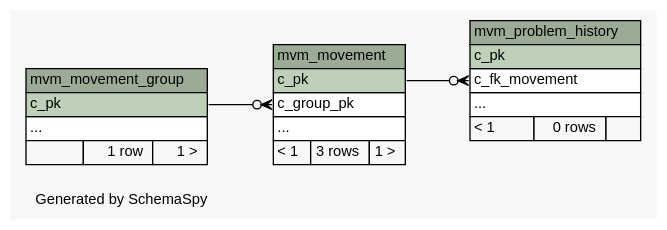
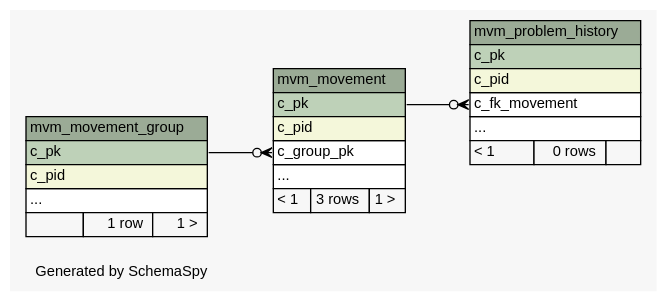
The diagram in 1.0.0-SNAPSHOT/schemaspy/diagrams/summary/relationships.real.compact.dot (openwms/org.openwms.wms.movements.lib), drawn with Graphviz before and after one commit. The commit also changed 264 other files, not shown here.

```diff
--- a/1.0.0-SNAPSHOT/schemaspy/diagrams/summary/relationships.real.compact.dot
+++ b/1.0.0-SNAPSHOT/schemaspy/diagrams/summary/relationships.real.compact.dot
@@ -1,59 +1,62 @@
 // dot 2.43.0 on Linux 5.11.0-1028-azure
 // SchemaSpy rev Unknown
 digraph "compactRelationshipsDiagram" {
   graph [
     rankdir="RL"
     bgcolor="#f7f7f7"
     label="\nGenerated by SchemaSpy"
     labeljust="l"
     nodesep="0.18"
     ranksep="0.46"
     fontname="Helvetica"
     fontsize="11"
   ];
   node [
     fontname="Helvetica"
     fontsize="11"
     shape="plaintext"
   ];
   edge [
     arrowsize="0.8"
   ];
   "mvm_movement" [
     label=<
     <TABLE BORDER="0" CELLBORDER="1" CELLSPACING="0" BGCOLOR="#ffffff">
       <TR><TD COLSPAN="3" BGCOLOR="#9bab96" ALIGN="CENTER">mvm_movement</TD></TR>
       <TR><TD PORT="c_pk" COLSPAN="3" BGCOLOR="#bed1b8" ALIGN="LEFT">c_pk</TD></TR>
+      <TR><TD PORT="c_pid" COLSPAN="3" BGCOLOR="#f4f7da" ALIGN="LEFT">c_pid</TD></TR>
       <TR><TD PORT="c_group_pk" COLSPAN="3" ALIGN="LEFT">c_group_pk</TD></TR>
       <TR><TD PORT="elipses" COLSPAN="3" ALIGN="LEFT">...</TD></TR>
       <TR><TD ALIGN="LEFT" BGCOLOR="#f7f7f7">&lt; 1</TD><TD ALIGN="RIGHT" BGCOLOR="#f7f7f7">3 rows</TD><TD ALIGN="RIGHT" BGCOLOR="#f7f7f7">1 &gt;</TD></TR>
     </TABLE>>
     URL="tables/mvm_movement.html"
     tooltip="mvm_movement"
   ];
   "mvm_movement_group" [
     label=<
     <TABLE BORDER="0" CELLBORDER="1" CELLSPACING="0" BGCOLOR="#ffffff">
       <TR><TD COLSPAN="3" BGCOLOR="#9bab96" ALIGN="CENTER">mvm_movement_group</TD></TR>
       <TR><TD PORT="c_pk" COLSPAN="3" BGCOLOR="#bed1b8" ALIGN="LEFT">c_pk</TD></TR>
+      <TR><TD PORT="c_pid" COLSPAN="3" BGCOLOR="#f4f7da" ALIGN="LEFT">c_pid</TD></TR>
       <TR><TD PORT="elipses" COLSPAN="3" ALIGN="LEFT">...</TD></TR>
       <TR><TD ALIGN="LEFT" BGCOLOR="#f7f7f7">  </TD><TD ALIGN="RIGHT" BGCOLOR="#f7f7f7">1 row</TD><TD ALIGN="RIGHT" BGCOLOR="#f7f7f7">1 &gt;</TD></TR>
     </TABLE>>
     URL="tables/mvm_movement_group.html"
     tooltip="mvm_movement_group"
   ];
   "mvm_problem_history" [
     label=<
     <TABLE BORDER="0" CELLBORDER="1" CELLSPACING="0" BGCOLOR="#ffffff">
       <TR><TD COLSPAN="3" BGCOLOR="#9bab96" ALIGN="CENTER">mvm_problem_history</TD></TR>
       <TR><TD PORT="c_pk" COLSPAN="3" BGCOLOR="#bed1b8" ALIGN="LEFT">c_pk</TD></TR>
+      <TR><TD PORT="c_pid" COLSPAN="3" BGCOLOR="#f4f7da" ALIGN="LEFT">c_pid</TD></TR>
       <TR><TD PORT="c_fk_movement" COLSPAN="3" ALIGN="LEFT">c_fk_movement</TD></TR>
       <TR><TD PORT="elipses" COLSPAN="3" ALIGN="LEFT">...</TD></TR>
       <TR><TD ALIGN="LEFT" BGCOLOR="#f7f7f7">&lt; 1</TD><TD ALIGN="RIGHT" BGCOLOR="#f7f7f7">0 rows</TD><TD ALIGN="RIGHT" BGCOLOR="#f7f7f7">  </TD></TR>
     </TABLE>>
     URL="tables/mvm_problem_history.html"
     tooltip="mvm_problem_history"
   ];
   "mvm_movement":"c_group_pk":w -> "mvm_movement_group":"c_pk":e [arrowhead=none dir=back arrowtail=crowodot];
   "mvm_problem_history":"c_fk_movement":w -> "mvm_movement":"c_pk":e [arrowhead=none dir=back arrowtail=crowodot];
 }
```
